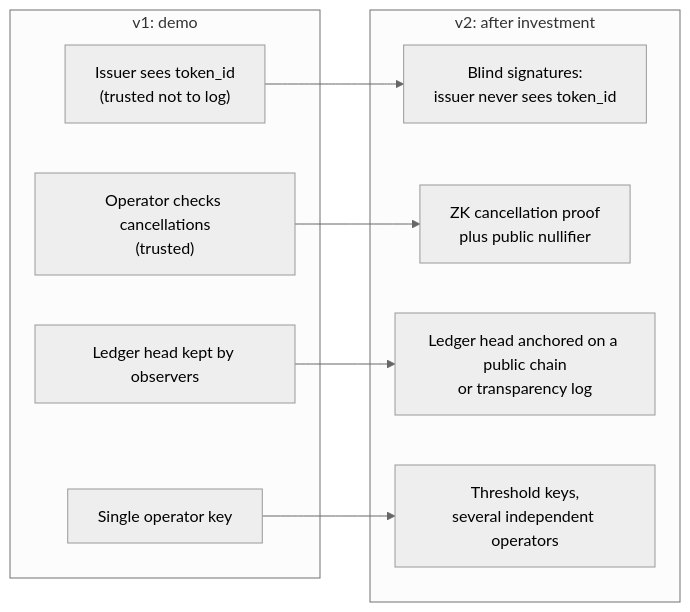
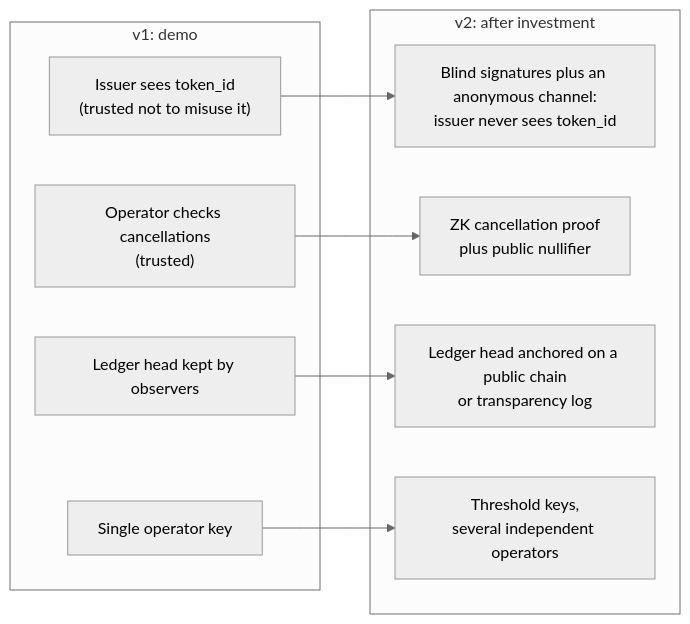
The diagram in docs/05-trust-model-and-roadmap.md (s4ysolutions/e-voting-machine), drawn with Mermaid (neutral theme) before and after one commit. The commit also changed other lines of this file and 8 other files, not shown here.

````diff
--- a/docs/05-trust-model-and-roadmap.md
+++ b/docs/05-trust-model-and-roadmap.md
@@ -22,19 +24,19 @@
 ```mermaid
 flowchart LR
     subgraph v1["v1: demo"]
-        A1["Issuer sees token_id<br/>(trusted not to log)"]
+        A1["Issuer sees token_id<br/>(trusted not to misuse it)"]
         A2["Operator checks cancellations<br/>(trusted)"]
         A3["Ledger head kept by observers"]
         A4["Single operator key"]
     end
     subgraph v2["v2: after investment"]
-        B1["Blind signatures:<br/>issuer never sees token_id"]
+        B1["Blind signatures plus an anonymous channel:<br/>issuer never sees token_id"]
         B2["ZK cancellation proof<br/>plus public nullifier"]
         B3["Ledger head anchored on a public chain<br/>or transparency log"]
         B4["Threshold keys,<br/>several independent operators"]
     end
     A1 --> B1
     A2 --> B2
     A3 --> B3
     A4 --> B4
 ```
````
